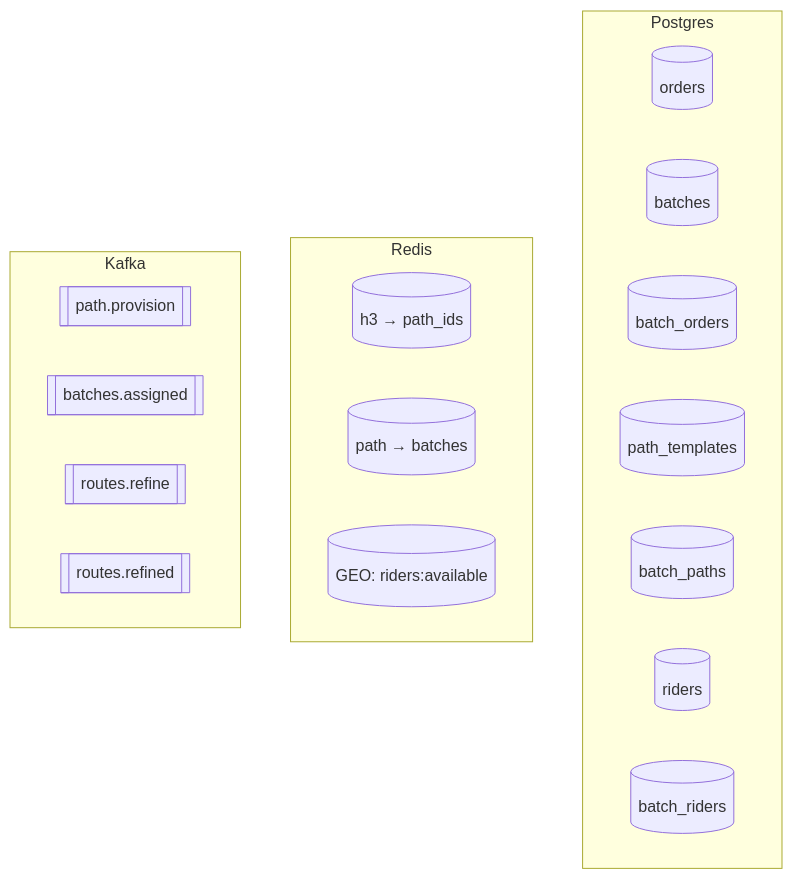
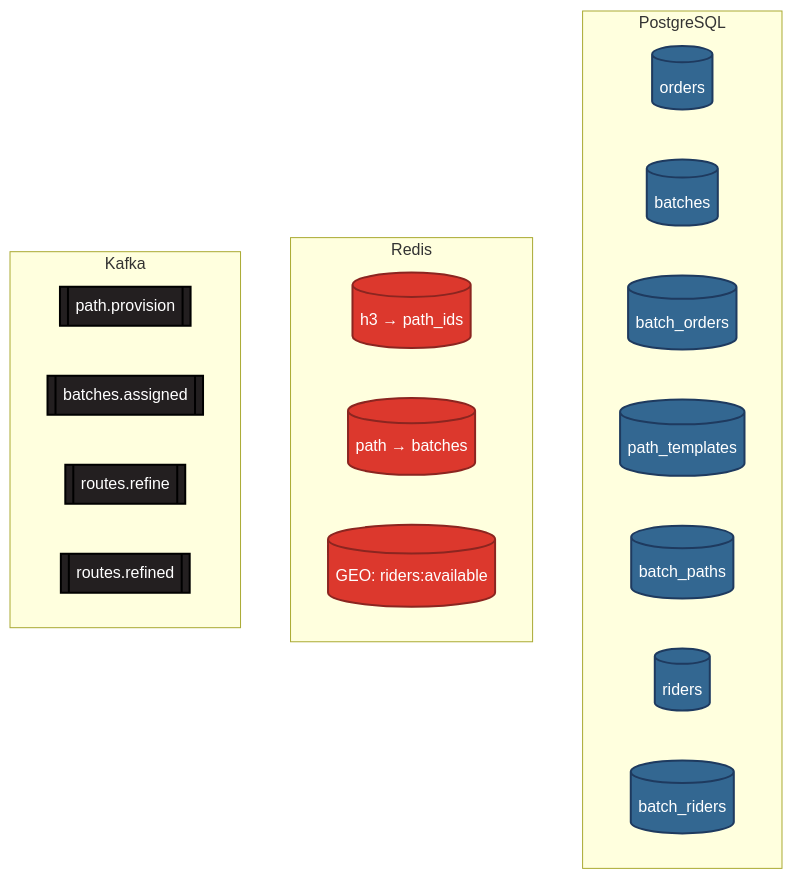
Before and after one commit to RatnakirtiKamble/DeliveryGo: the sixth of 6 diagrams in README.md, drawn with Mermaid. The commit also changed other lines of this file, not shown here.

````diff
--- a/README.md
+++ b/README.md
@@ -159,25 +198,29 @@
 ```mermaid
 flowchart TD
-    subgraph Postgres
-        PG_Orders[(orders)]
-        PG_Batches[(batches)]
-        PG_BatchOrders[(batch_orders)]
-        PG_Paths[(path_templates)]
-        PG_BatchPath[(batch_paths)]
-        PG_Riders[(riders)]
-        PG_BatchRiders[(batch_riders)]
+    subgraph Postgres["PostgreSQL"]
+        PG_Orders[(orders)]:::postgres
+        PG_Batches[(batches)]:::postgres
+        PG_BatchOrders[(batch_orders)]:::postgres
+        PG_Paths[(path_templates)]:::postgres
+        PG_BatchPath[(batch_paths)]:::postgres
+        PG_Riders[(riders)]:::postgres
+        PG_BatchRiders[(batch_riders)]:::postgres
     end
     
-    subgraph Redis
-        Redis_H3[(h3 → path_ids)]
-        Redis_Path[(path → batches)]
-        Redis_Riders[(GEO: riders:available)]
+    subgraph Redis["Redis"]
+        Redis_H3[(h3 → path_ids)]:::redis
+        Redis_Path[(path → batches)]:::redis
+        Redis_Riders[(GEO: riders:available)]:::redis
     end
     
-    subgraph Kafka
-        Kafka_Provision[[path.provision]]
-        Kafka_Assign[[batches.assigned]]
-        Kafka_Refine[[routes.refine]]
-        Kafka_Refined[[routes.refined]]
+    subgraph Kafka["Kafka"]
+        Kafka_Provision[[path.provision]]:::kafka
+        Kafka_Assign[[batches.assigned]]:::kafka
+        Kafka_Refine[[routes.refine]]:::kafka
+        Kafka_Refined[[routes.refined]]:::kafka
     end
+    
+    classDef postgres fill:#336791,stroke:#1E3A5F,stroke-width:2px,color:#fff
+    classDef redis fill:#DC382D,stroke:#8B2520,stroke-width:2px,color:#fff
+    classDef kafka fill:#231F20,stroke:#000,stroke-width:2px,color:#fff
 ```
````
